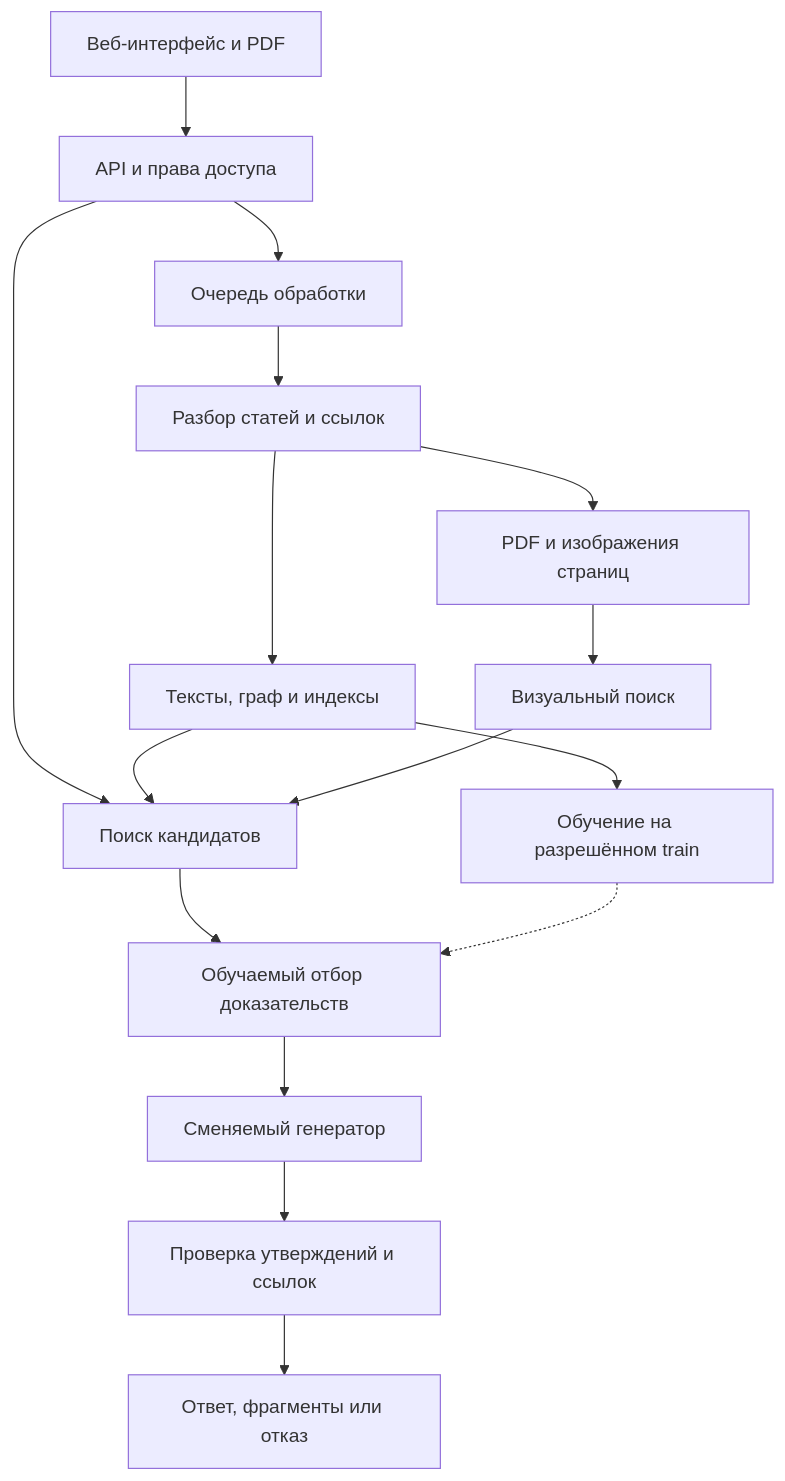
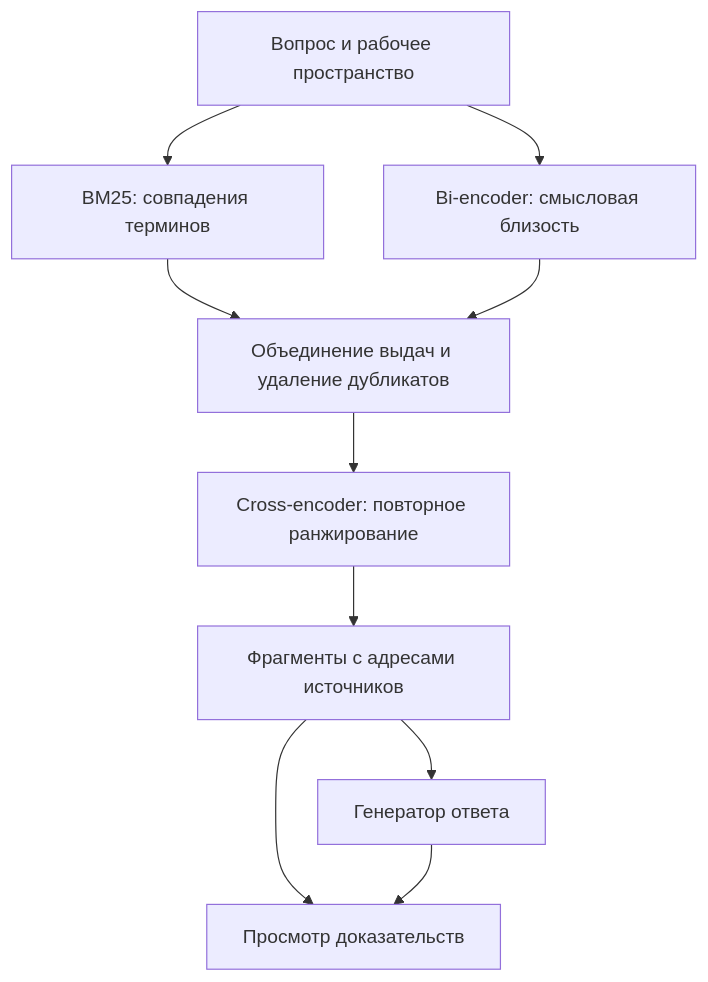
Before and after one commit to eugenetatarchenkolaw/181: the diagram in README.md, drawn with Mermaid. The commit also changed other lines of this file and 18 other files, not shown here.

````diff
--- a/README.md
+++ b/README.md
@@ -56,18 +37,12 @@
 ```mermaid
 flowchart TD
-    UI["Веб-интерфейс и PDF"] --> API["API и права доступа"]
-    API --> JOBS["Очередь обработки"]
-    JOBS --> PARSE["Разбор статей и ссылок"]
-    PARSE --> DB["Тексты, граф и индексы"]
-    PARSE --> FILES["PDF и изображения страниц"]
-    API --> SEARCH["Поиск кандидатов"]
-    DB --> SEARCH
-    FILES --> VISION["Визуальный поиск"]
-    VISION --> SEARCH
-    SEARCH --> RANK["Обучаемый отбор доказательств"]
-    RANK --> GEN["Сменяемый генератор"]
-    GEN --> CHECK["Проверка утверждений и ссылок"]
-    CHECK --> RESULT["Ответ, фрагменты или отказ"]
-    DB --> TRAIN["Обучение на разрешённом train"]
-    TRAIN -.-> RANK
+    Q["Вопрос и рабочее пространство"] --> B["BM25: совпадения терминов"]
+    Q --> D["Bi-encoder: смысловая близость"]
+    B --> F["Объединение выдач и удаление дубликатов"]
+    D --> F
+    F --> C["Cross-encoder: повторное ранжирование"]
+    C --> E["Фрагменты с адресами источников"]
+    E --> L["Генератор ответа"]
+    E --> V["Просмотр доказательств"]
+    L --> V
 ```
````
